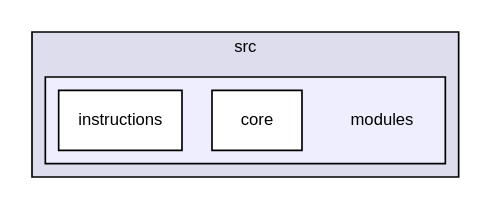
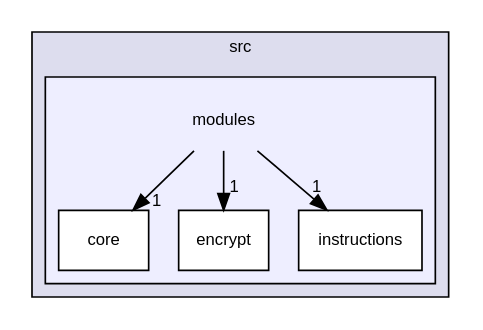
The diagram in docs/dir_ddb4d7e95cc2d6c8e1ade10a20d7247d_dep.dot (redhecker/easyVim), drawn with Graphviz before and after one commit. The commit also changed 84 other files, not shown here.

```diff
--- a/docs/dir_ddb4d7e95cc2d6c8e1ade10a20d7247d_dep.dot
+++ b/docs/dir_ddb4d7e95cc2d6c8e1ade10a20d7247d_dep.dot
@@ -1,14 +1,18 @@
 digraph "src/modules" {
   compound=true
   node [ fontsize="10", fontname="Helvetica"];
   edge [ labelfontsize="10", labelfontname="Helvetica"];
   subgraph clusterdir_68267d1309a1af8e8297ef4c3efbcdba {
     graph [ bgcolor="#ddddee", pencolor="black", label="src" fontname="Helvetica", fontsize="10", URL="dir_68267d1309a1af8e8297ef4c3efbcdba.html"]
   subgraph clusterdir_ddb4d7e95cc2d6c8e1ade10a20d7247d {
     graph [ bgcolor="#eeeeff", pencolor="black", label="" URL="dir_ddb4d7e95cc2d6c8e1ade10a20d7247d.html"];
     dir_ddb4d7e95cc2d6c8e1ade10a20d7247d [shape=plaintext label="modules"];
   dir_48bd54dcd86210a131d5bab7b05ef6d7 [shape=box label="core" fillcolor="white" style="filled" URL="dir_48bd54dcd86210a131d5bab7b05ef6d7.html"];
+  dir_01c488ddbf95bcb94181f3831ff01574 [shape=box label="encrypt" fillcolor="white" style="filled" URL="dir_01c488ddbf95bcb94181f3831ff01574.html"];
   dir_23bbb858fb2dbf158f6748e516a480bb [shape=box label="instructions" fillcolor="white" style="filled" URL="dir_23bbb858fb2dbf158f6748e516a480bb.html"];
   }
   }
+  dir_ddb4d7e95cc2d6c8e1ade10a20d7247d->dir_01c488ddbf95bcb94181f3831ff01574 [headlabel="1", labeldistance=1.5 headhref="dir_000001_000003.html"];
+  dir_ddb4d7e95cc2d6c8e1ade10a20d7247d->dir_23bbb858fb2dbf158f6748e516a480bb [headlabel="1", labeldistance=1.5 headhref="dir_000001_000004.html"];
+  dir_ddb4d7e95cc2d6c8e1ade10a20d7247d->dir_48bd54dcd86210a131d5bab7b05ef6d7 [headlabel="1", labeldistance=1.5 headhref="dir_000001_000002.html"];
 }
```
